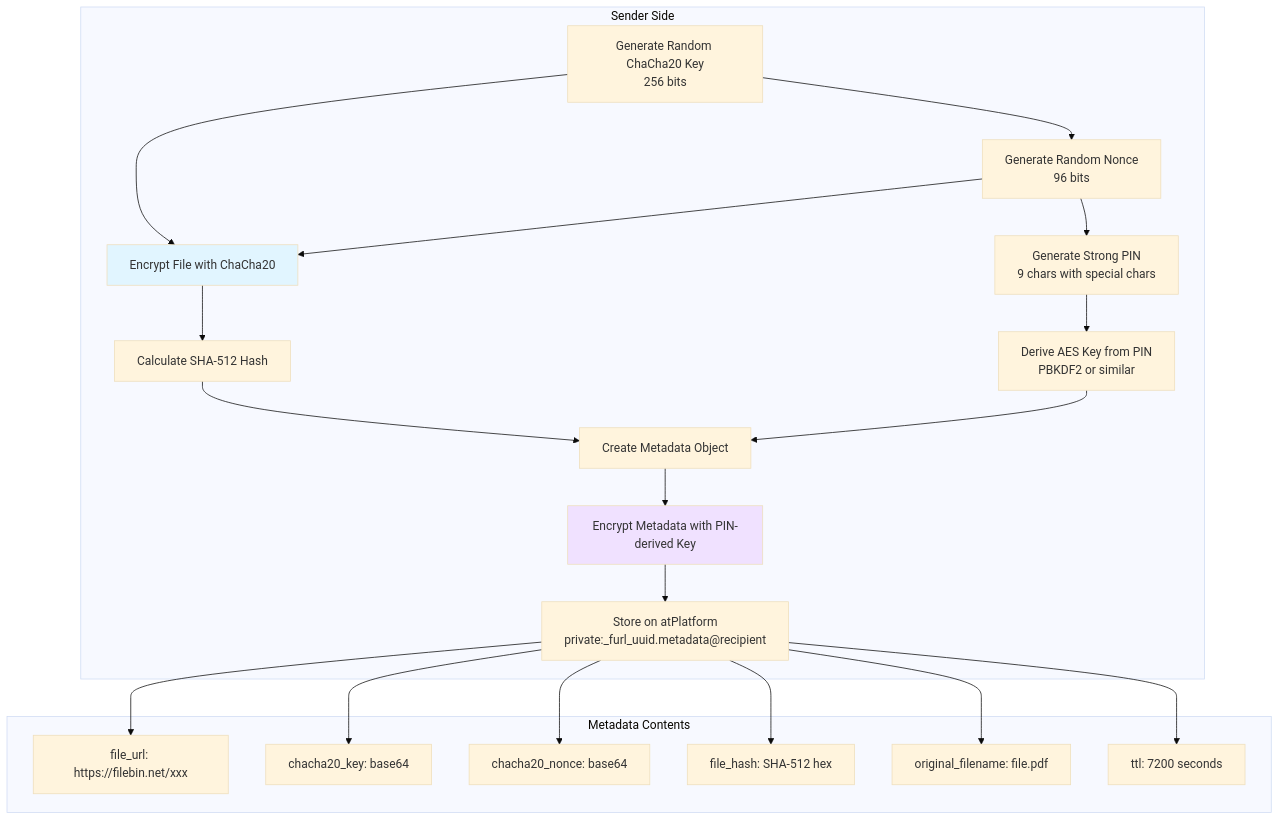
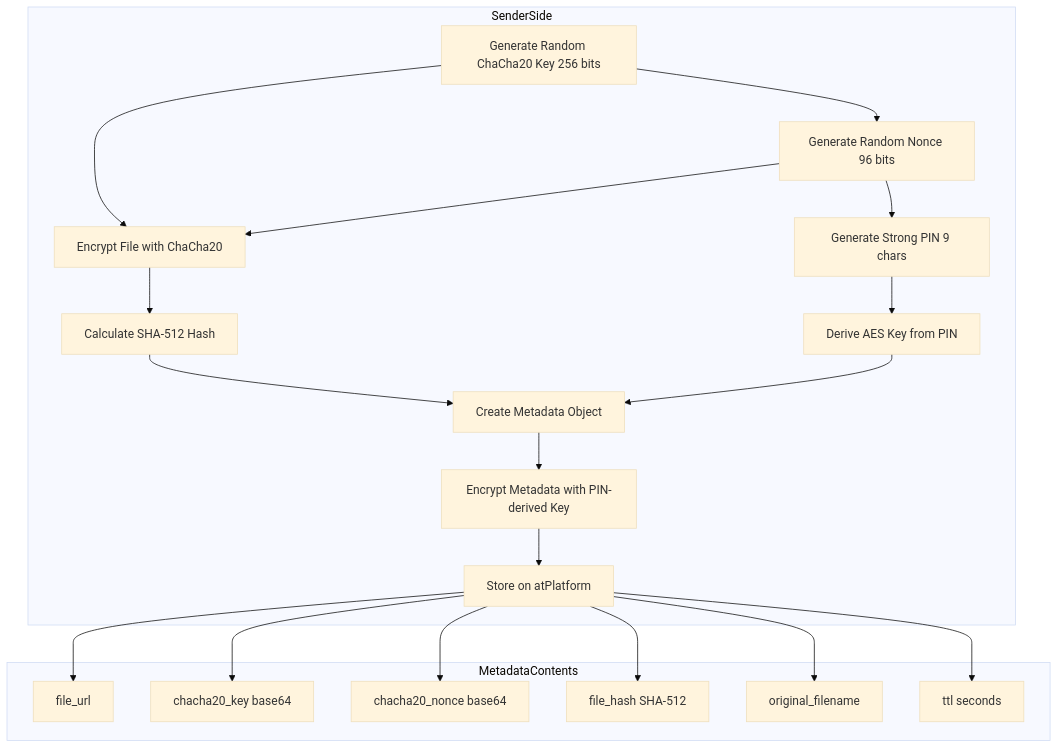
Before and after one commit to cconstab/furl: the sixth of 6 diagrams in ARCHITECTURE.md, drawn with Mermaid (base theme). The commit also changed other lines of this file, not shown here.

````diff
--- a/ARCHITECTURE.md
+++ b/ARCHITECTURE.md
@@ -202,34 +188,31 @@
 ```mermaid
 graph TB
-    subgraph "Sender Side"
-        A[Generate Random ChaCha20 Key<br/>256 bits] --> B[Generate Random Nonce<br/>96 bits]
-        B --> C[Generate Strong PIN<br/>9 chars with special chars]
-        C --> D[Derive AES Key from PIN<br/>PBKDF2 or similar]
+    subgraph SenderSide
+        A[Generate Random ChaCha20 Key 256 bits] --> B[Generate Random Nonce 96 bits]
+        B --> C[Generate Strong PIN 9 chars]
+        C --> D[Derive AES Key from PIN]
         A --> E[Encrypt File with ChaCha20]
         B --> E
         E --> F[Calculate SHA-512 Hash]
         F --> G[Create Metadata Object]
         D --> G
         G --> H[Encrypt Metadata with PIN-derived Key]
-        H --> I[Store on atPlatform<br/>private:_furl_uuid.metadata@recipient]
+        H --> I[Store on atPlatform]
     end
     
-    subgraph "Metadata Contents"
-        J[file_url: https://filebin.net/xxx]
-        K[chacha20_key: base64]
-        L[chacha20_nonce: base64]
-        M[file_hash: SHA-512 hex]
-        N[original_filename: file.pdf]
-        O[ttl: 7200 seconds]
+    subgraph MetadataContents
+        J[file_url]
+        K[chacha20_key base64]
+        L[chacha20_nonce base64]
+        M[file_hash SHA-512]
+        N[original_filename]
+        O[ttl seconds]
     end
     
     I --> J
     I --> K
     I --> L
     I --> M
     I --> N
     I --> O
-    
-    style E fill:#e1f5ff
-    style H fill:#f0e1ff
 ```
````
